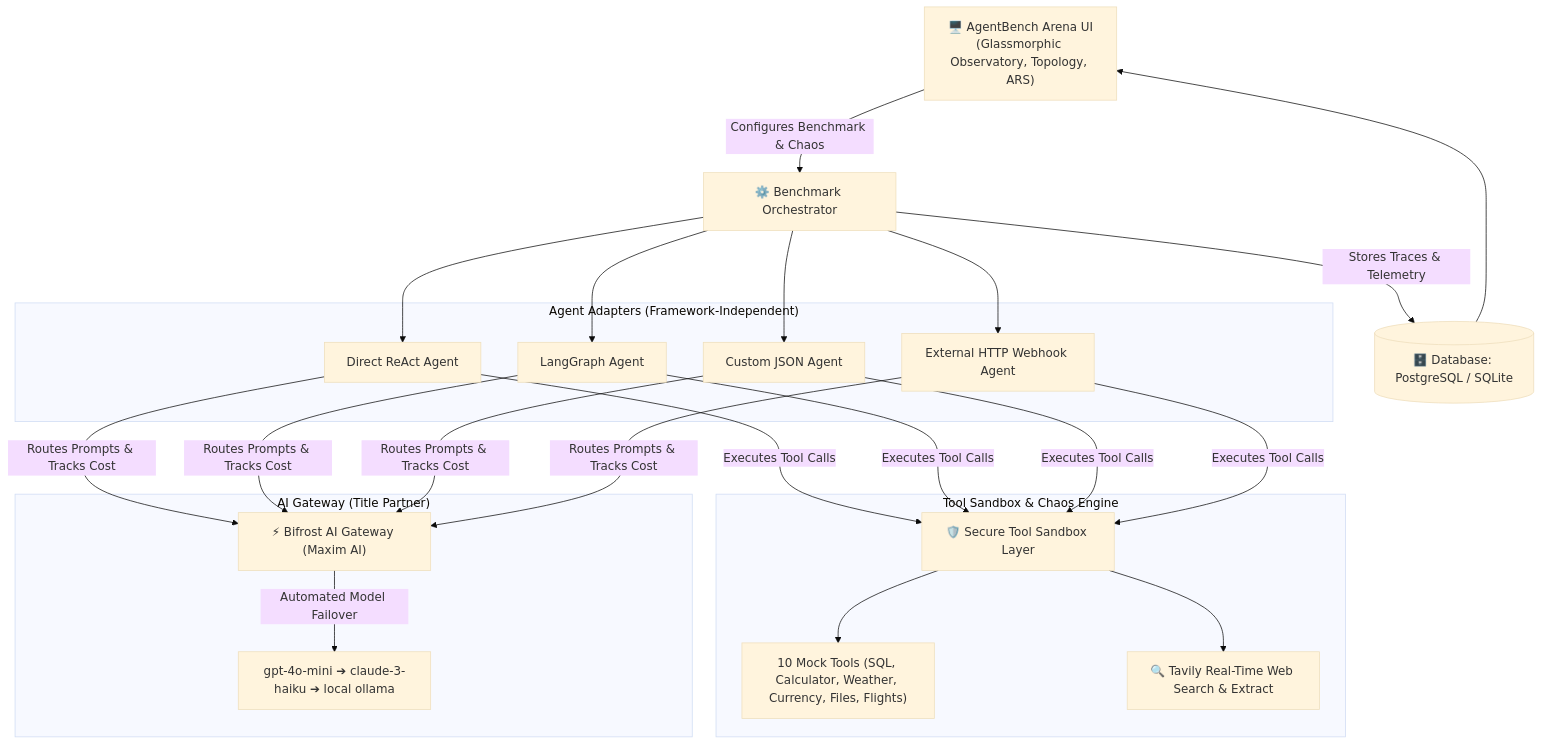
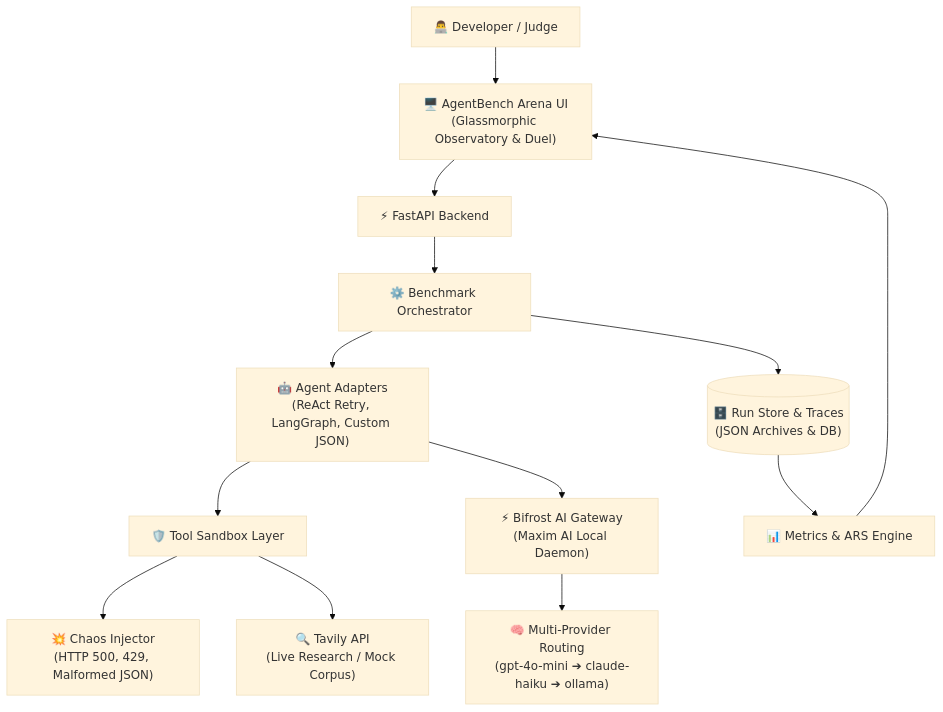
One commit to Mohan-M04/agentbench-arena changed the diagram in README.md. Above: the diagram before and after it, drawn with Mermaid (base theme). The commit also changed other lines of this file and 61 other files, not shown here.

First line of the commit message:
docs: polish README formulas, Wilson CIs, screenshots, and architecture

````diff
--- a/README.md
+++ b/README.md
@@ -41,32 +53,15 @@
 ```mermaid
-graph TD
-    UI["🖥️ AgentBench Arena UI<br/>(Glassmorphic Observatory, Topology, ARS)"] -->|"Configures Benchmark & Chaos"| Orch["⚙️ Benchmark Orchestrator"]
-    
-    subgraph "Agent Adapters (Framework-Independent)"
-        A1["Direct ReAct Agent"]
-        A2["LangGraph Agent"]
-        A3["Custom JSON Agent"]
-        A4["External HTTP Webhook Agent"]
-    end
-    
-    Orch --> A1 & A2 & A3 & A4
-    
-    subgraph "Tool Sandbox & Chaos Engine"
-        SB["🛡️ Secure Tool Sandbox Layer"]
-        M1["10 Mock Tools (SQL, Calculator, Weather, Currency, Files, Flights)"]
-        T1["🔍 Tavily Real-Time Web Search & Extract"]
-    end
-    
-    A1 & A2 & A3 & A4 -->|"Executes Tool Calls"| SB
-    SB --> M1 & T1
-    
-    subgraph "AI Gateway (Title Partner)"
-        BF["⚡ Bifrost AI Gateway (Maxim AI)"]
-        BF -->|"Automated Model Failover"| LLMs["gpt-4o-mini ➔ claude-3-haiku ➔ local ollama"]
-    end
-    
-    A1 & A2 & A3 & A4 -->|"Routes Prompts & Tracks Cost"| BF
-    
-    Orch -->|"Stores Traces & Telemetry"| DB[("🗄️ Database: PostgreSQL / SQLite")]
-    DB --> UI
+flowchart TD
+    U["👨‍💻 Developer / Judge"] --> UI["🖥️ AgentBench Arena UI<br/>(Glassmorphic Observatory & Duel)"]
+    UI --> API["⚡ FastAPI Backend"]
+    API --> ORCH["⚙️ Benchmark Orchestrator"]
+    ORCH --> AGENT["🤖 Agent Adapters<br/>(ReAct Retry, LangGraph, Custom JSON)"]
+    AGENT --> TOOLS["🛡️ Tool Sandbox Layer"]
+    TOOLS --> CHAOS["💥 Chaos Injector<br/>(HTTP 500, 429, Malformed JSON)"]
+    AGENT --> BIFROST["⚡ Bifrost AI Gateway<br/>(Maxim AI Local Daemon)"]
+    BIFROST --> LLM["🧠 Multi-Provider Routing<br/>(gpt-4o-mini ➔ claude-haiku ➔ ollama)"]
+    TOOLS --> TAVILY["🔍 Tavily API<br/>(Live Research / Mock Corpus)"]
+    ORCH --> STORE[("🗄️ Run Store & Traces<br/>(JSON Archives & DB)")]
+    STORE --> METRICS["📊 Metrics & ARS Engine"]
+    METRICS --> UI
 ```
````
